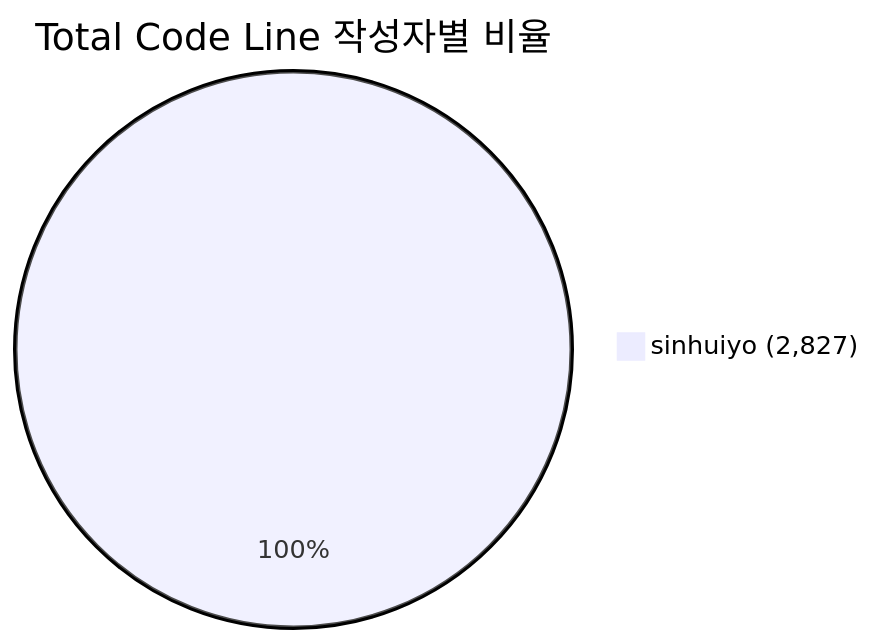
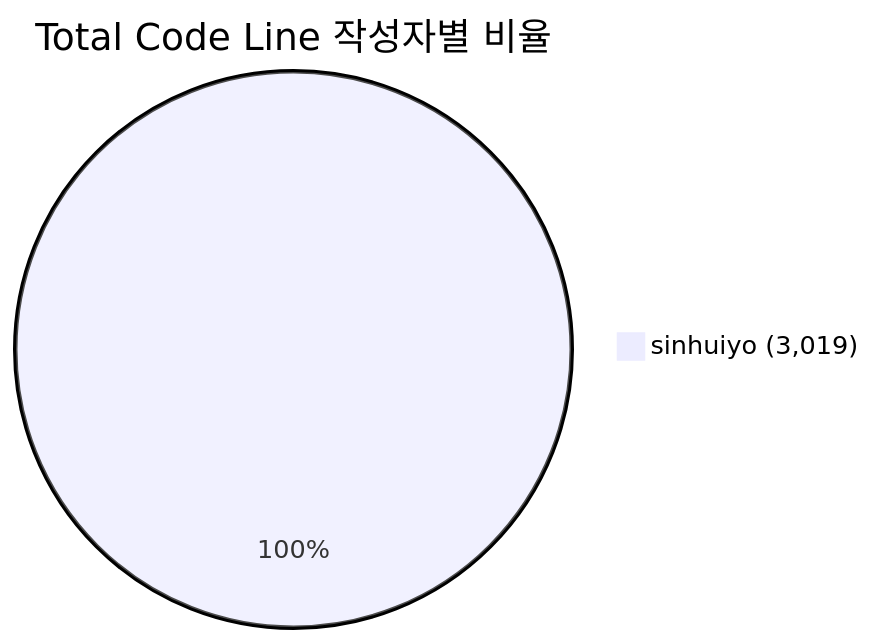
Before and after one commit to Leesinhui-medialog/ExPjt: the second of 2 diagrams in kiro-generated.md, drawn with Mermaid. The commit also changed other lines of this file and 35 other files, not shown here.

````diff
--- a/kiro-generated.md
+++ b/kiro-generated.md
@@ -62,4 +64,4 @@
 ```mermaid
 pie title Total Code Line 작성자별 비율
-    "sinhuiyo (2,827)" : 2827
+    "sinhuiyo (3,019)" : 3019
 ```
````
